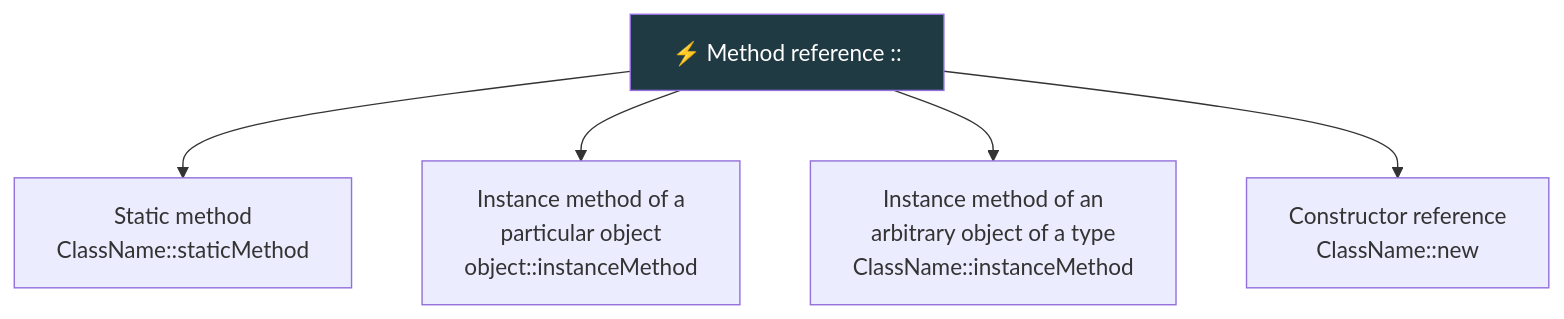
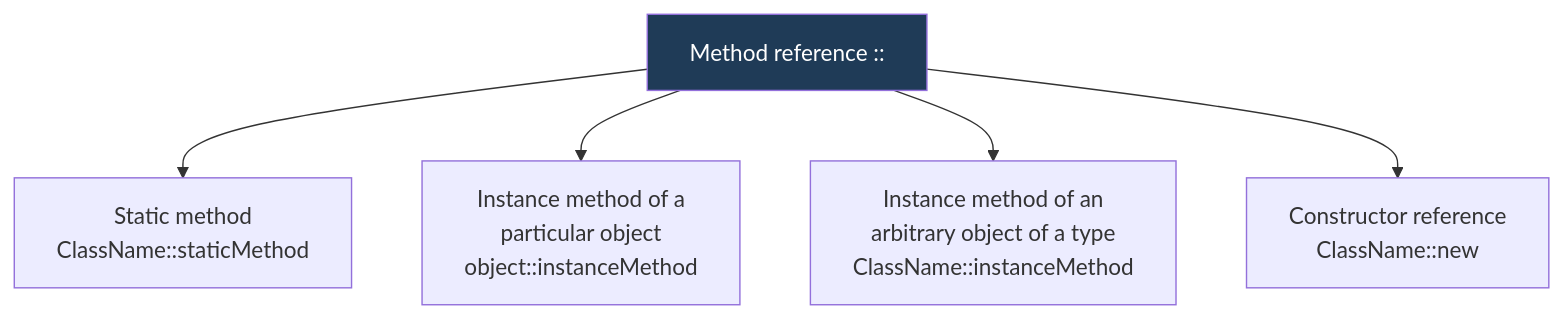
Before and after one commit to kundankumarsharma56/Leaning-Java: the diagram in src/Theory/12-Java-8-Features/06-Method-References.md, drawn with Mermaid. The commit also changed other lines of this file and 84 other files, not shown here.

````diff
--- a/src/Theory/12-Java-8-Features/06-Method-References.md
+++ b/src/Theory/12-Java-8-Features/06-Method-References.md
@@ -21,8 +21,8 @@
 ```mermaid
 flowchart TD
-    M["⚡ Method reference ::"] --> S["Static method<br/>ClassName::staticMethod"]
+    M["Method reference ::"] --> S["Static method<br/>ClassName::staticMethod"]
     M --> I["Instance method of a<br/>particular object<br/>object::instanceMethod"]
     M --> A["Instance method of an<br/>arbitrary object of a type<br/>ClassName::instanceMethod"]
     M --> C["Constructor reference<br/>ClassName::new"]
-    style M fill:#203a43,color:#fff
+    style M fill:#1f3b57,color:#fff
 ```
````
